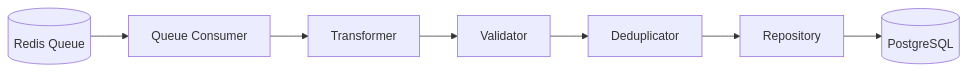
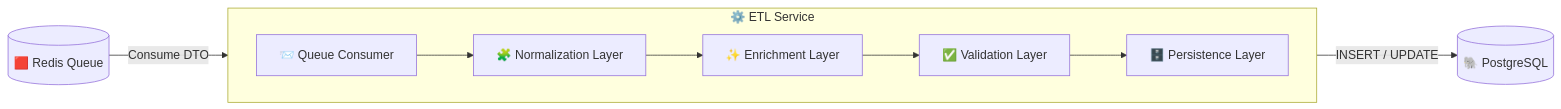
One commit to ma1sky/job_market_analyzer changed the second of 3 diagrams in docs/c3-components.md. Above: the diagram before and after it, drawn with Mermaid. The commit also changed other lines of this file and 9 other files, not shown here.

Commit message:
diagram changes

````diff
--- a/docs/c3-components.md
+++ b/docs/c3-components.md
@@ -39,29 +57,41 @@
 ```mermaid
 flowchart LR
 
-    redis[("Redis Queue")]
+redis[("🟥 Redis Queue")]
 
-    consumer["Queue Consumer"]
+postgres[("🐘 PostgreSQL")]
 
-    transformer["Transformer"]
+subgraph etl["⚙️ ETL Service"]
 
-    validator["Validator"]
+    direction LR
 
-    deduplicator["Deduplicator"]
+    consumer["📨 Queue Consumer"]
 
-    repository["Repository"]
+    normalize["🧩 Normalization Layer"]
 
-    postgres[("PostgreSQL")]
+    enrich["✨ Enrichment Layer"]
 
-    redis --> consumer
+    validate["✅ Validation Layer"]
 
-    consumer --> transformer
+    persistence["🗄️ Persistence Layer"]
 
-    transformer --> validator
+end
 
-    validator --> deduplicator
+redis -->|"Consume DTO"| consumer
 
-    deduplicator --> repository
+consumer --> normalize
 
-    repository --> postgres
+normalize --> enrich
+
+enrich --> validate
+
+validate --> persistence
+
+persistence -->|"INSERT / UPDATE"| postgres
+
+class consumer,normalize,enrich,validate,persistence service
+
+class postgres database
+
+class redis cache
 ```
````
